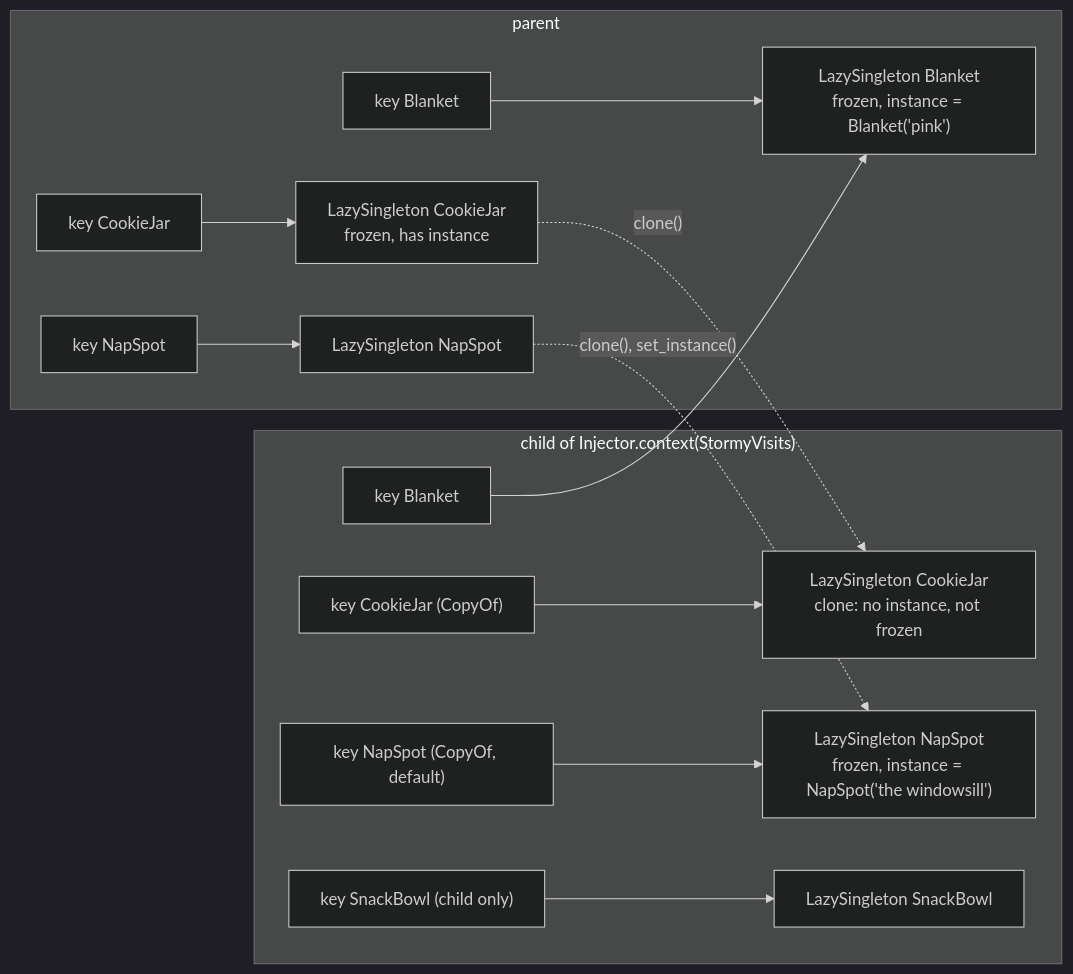
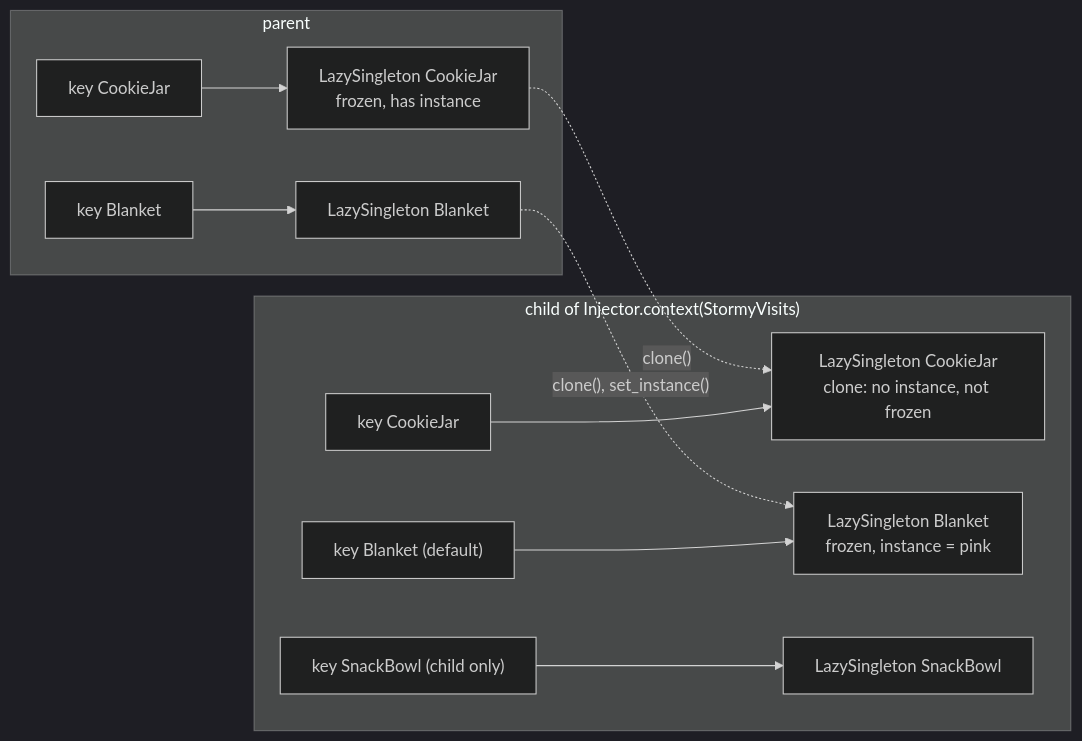
One commit to 0xf104a/smalldi changed the seventh of 10 diagrams in docs/contexts.md. Above: the diagram before and after it, drawn with Mermaid (dark theme). The commit also changed other lines of this file and 8 other files, not shown here.

````diff
--- a/docs/contexts.md
+++ b/docs/contexts.md
@@ -225,16 +224,14 @@
 ```mermaid
 flowchart LR
     subgraph parent["parent"]
         pJar["key CookieJar"] --> LS1["LazySingleton CookieJar<br/>frozen, has instance"]
-        pSpot["key NapSpot"] --> LS2["LazySingleton NapSpot"]
-        pBlanket["key Blanket"] --> LS3["LazySingleton Blanket<br/>frozen, instance = Blanket('pink')"]
+        pBlanket["key Blanket"] --> LS2["LazySingleton Blanket"]
     end
     subgraph child["child of Injector.context(StormyVisits)"]
-        cJar["key CookieJar (CopyOf)"] --> LS1c["LazySingleton CookieJar<br/>clone: no instance, not frozen"]
-        cSpot["key NapSpot (CopyOf, default)"] --> LS2c["LazySingleton NapSpot<br/>frozen, instance = NapSpot('the windowsill')"]
-        cBlanket["key Blanket"] --> LS3
-        cBowl["key SnackBowl (child only)"] --> LS4["LazySingleton SnackBowl"]
+        cJar["key CookieJar"] --> LS1c["LazySingleton CookieJar<br/>clone: no instance, not frozen"]
+        cBlanket["key Blanket (default)"] --> LS2c["LazySingleton Blanket<br/>frozen, instance = pink"]
+        cBowl["key SnackBowl (child only)"] --> LS3["LazySingleton SnackBowl"]
     end
     LS1 -. "clone()" .-> LS1c
     LS2 -. "clone(), set_instance()" .-> LS2c
 ```
````
